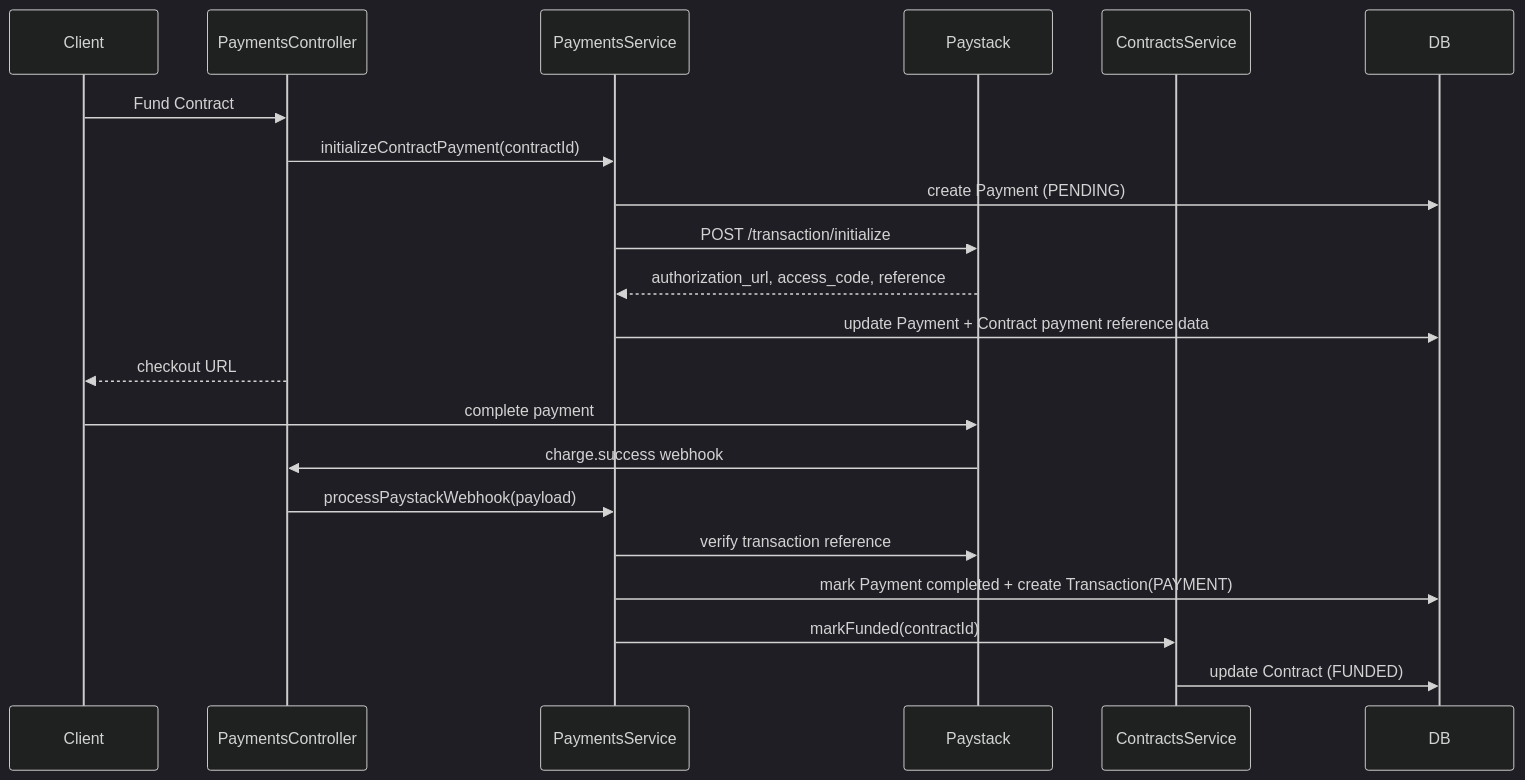
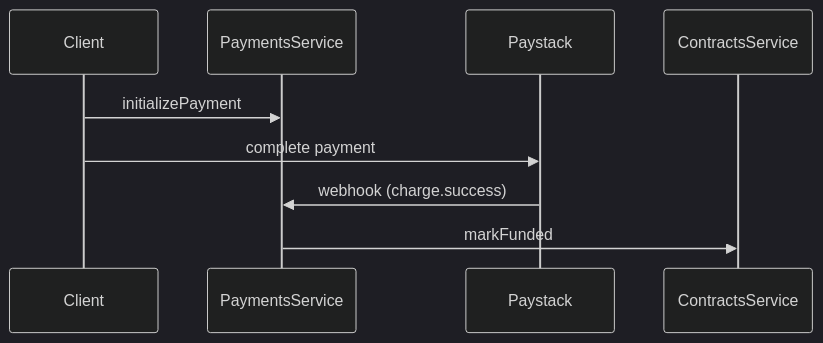
One commit to Anaspropro/worksure-server changed the second of 5 diagrams in README.md. Above: the diagram before and after it, drawn with Mermaid (dark theme). The commit also changed other lines of this file and 32 other files, not shown here.

````diff
--- a/README.md
+++ b/README.md
@@ -87,25 +342,13 @@
 ```mermaid
 sequenceDiagram
     participant Client
-    participant PaymentsController
     participant PaymentsService
     participant Paystack
     participant ContractsService
-    participant DB
 
-    Client->>PaymentsController: Fund Contract
-    PaymentsController->>PaymentsService: initializeContractPayment(contractId)
-    PaymentsService->>DB: create Payment (PENDING)
-    PaymentsService->>Paystack: POST /transaction/initialize
-    Paystack-->>PaymentsService: authorization_url, access_code, reference
-    PaymentsService->>DB: update Payment + Contract payment reference data
-    PaymentsController-->>Client: checkout URL
+    Client->>PaymentsService: initializePayment
+    Client->>Paystack: complete payment
 
-    Client->>Paystack: complete payment
-    Paystack->>PaymentsController: charge.success webhook
-    PaymentsController->>PaymentsService: processPaystackWebhook(payload)
-    PaymentsService->>Paystack: verify transaction reference
-    PaymentsService->>DB: mark Payment completed + create Transaction(PAYMENT)
-    PaymentsService->>ContractsService: markFunded(contractId)
-    ContractsService->>DB: update Contract (FUNDED)
+    Paystack->>PaymentsService: webhook (charge.success)
+    PaymentsService->>ContractsService: markFunded
 ```
````
